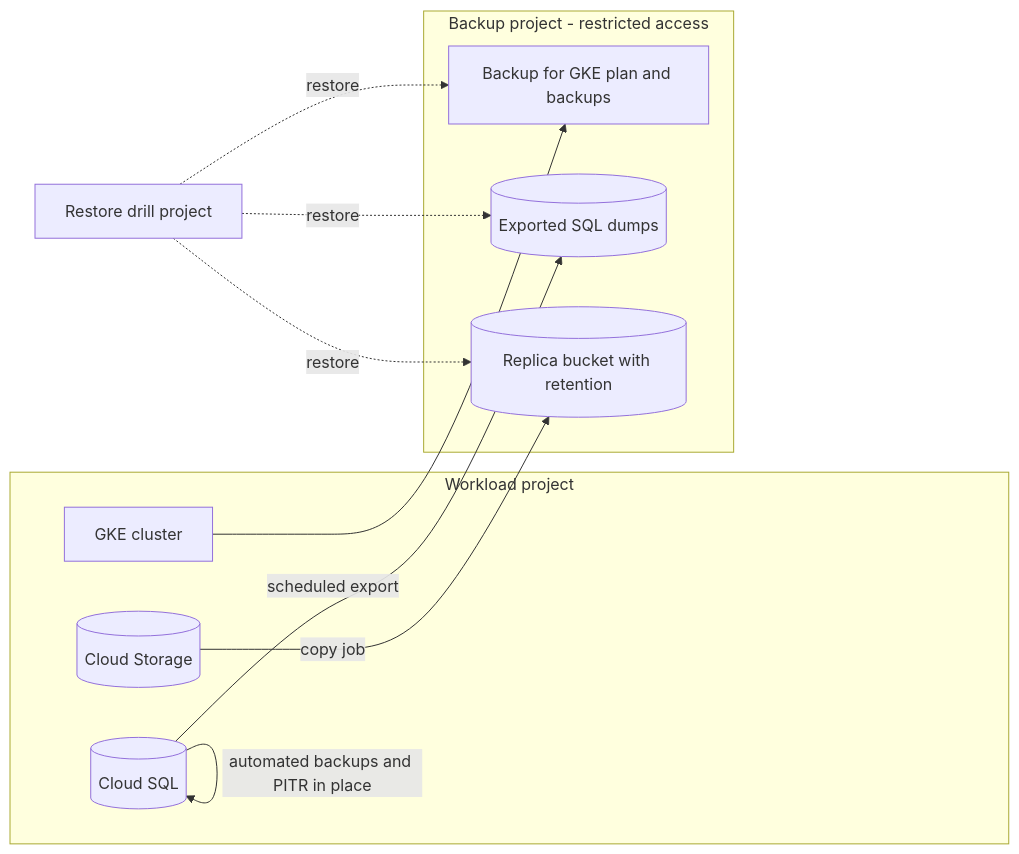
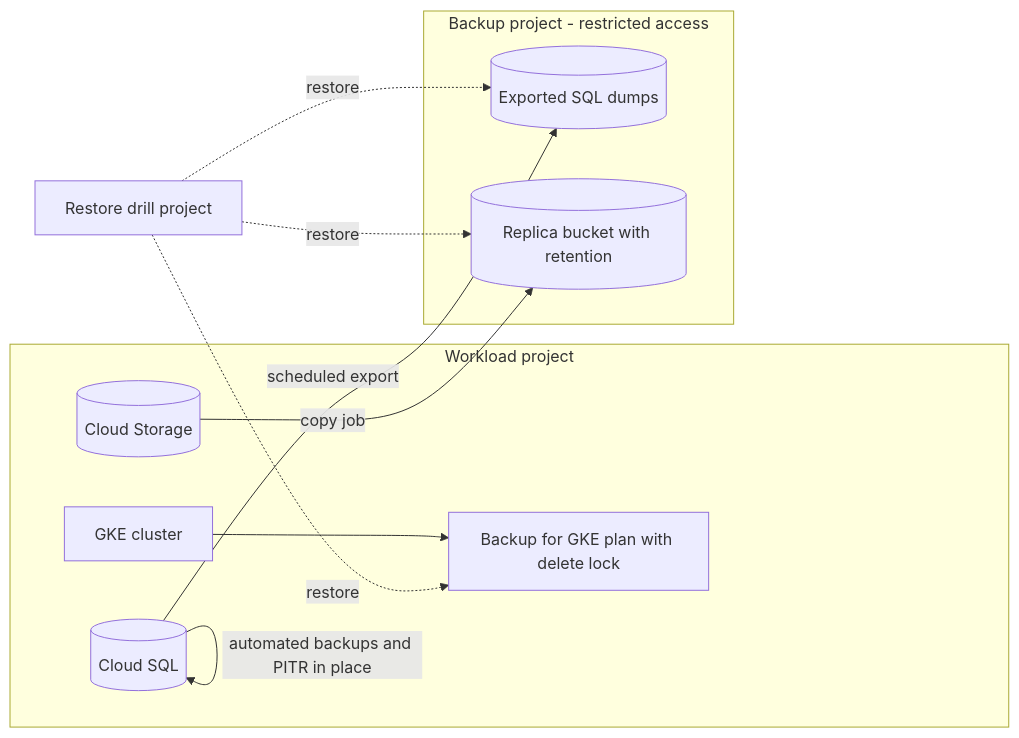
Before and after one commit to greenblacked/Notes: the diagram in content/architecture/backup-architecture-gke-cloud-sql-gcs.md, drawn with Mermaid. The commit also changed other lines of this file and 48 other files, not shown here.

````diff
--- a/content/architecture/backup-architecture-gke-cloud-sql-gcs.md
+++ b/content/architecture/backup-architecture-gke-cloud-sql-gcs.md
@@ -45,20 +45,20 @@
 ```mermaid
 flowchart LR
   subgraph W[Workload project]
     G[GKE cluster]
+    BP[Backup for GKE plan with delete lock]
     S[(Cloud SQL)]
     O[(Cloud Storage)]
   end
   subgraph B[Backup project - restricted access]
-    BG[Backup for GKE plan and backups]
     SB[(Exported SQL dumps)]
     OB[(Replica bucket with retention)]
   end
-  G --> BG
+  G --> BP
   S -->|automated backups and PITR in place| S
   S -->|scheduled export| SB
   O -->|copy job| OB
-  R[Restore drill project] -.->|restore| BG
+  R[Restore drill project] -.->|restore| BP
   R -.->|restore| SB
   R -.->|restore| OB
 ```
````
